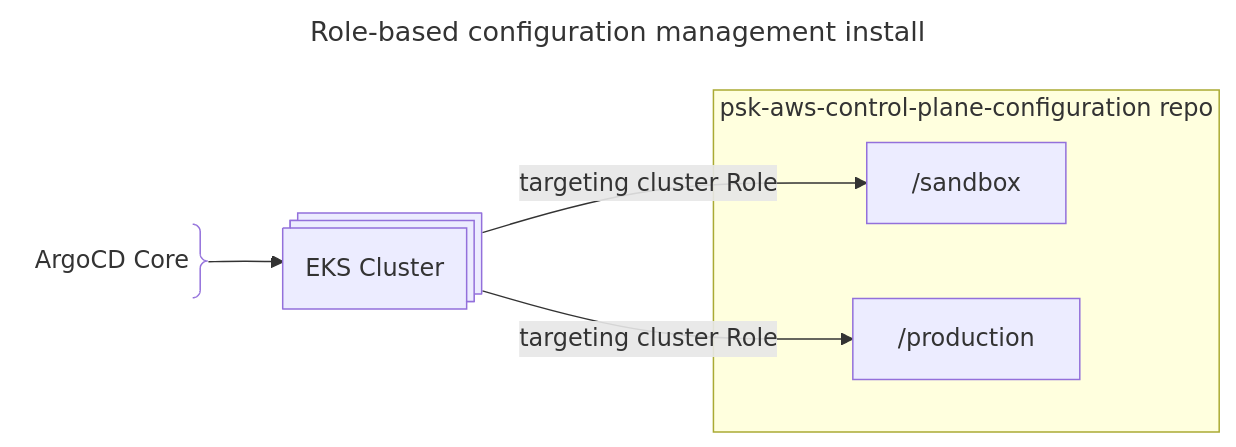
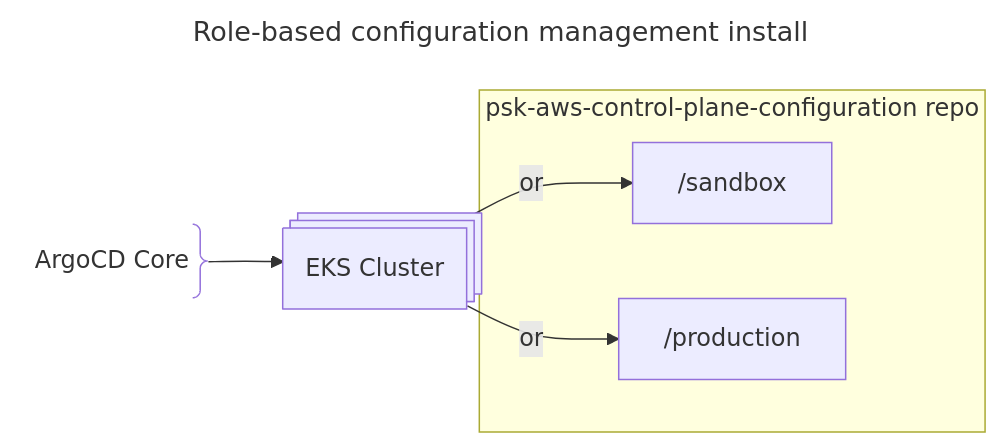
The first of 2 diagrams in README.md (twplatformlabs/psk-platform-svc-dist-control-plane-config), drawn with Mermaid before and after one commit. The commit also changed other lines of this file, not shown here.

````diff
--- a/README.md
+++ b/README.md
@@ -13,15 +13,15 @@
 ```mermaid
 ---
 title: Role-based configuration management install
 ---
 flowchart LR
 
-    ARGO --> EKS --> | targeting cluster Role | SBX & PROD
+    ARGO --> EKS --> | or | SBX & PROD
     subgraph psk-aws-control-plane-configuration repo
         SBX["/sandbox"]
         PROD["/production"]
     end
 
     EKS@{ shape: procs, label: "EKS Cluster"}
     ARGO@{ shape: brace-r, label: "ArgoCD Core" }
 ```
````
